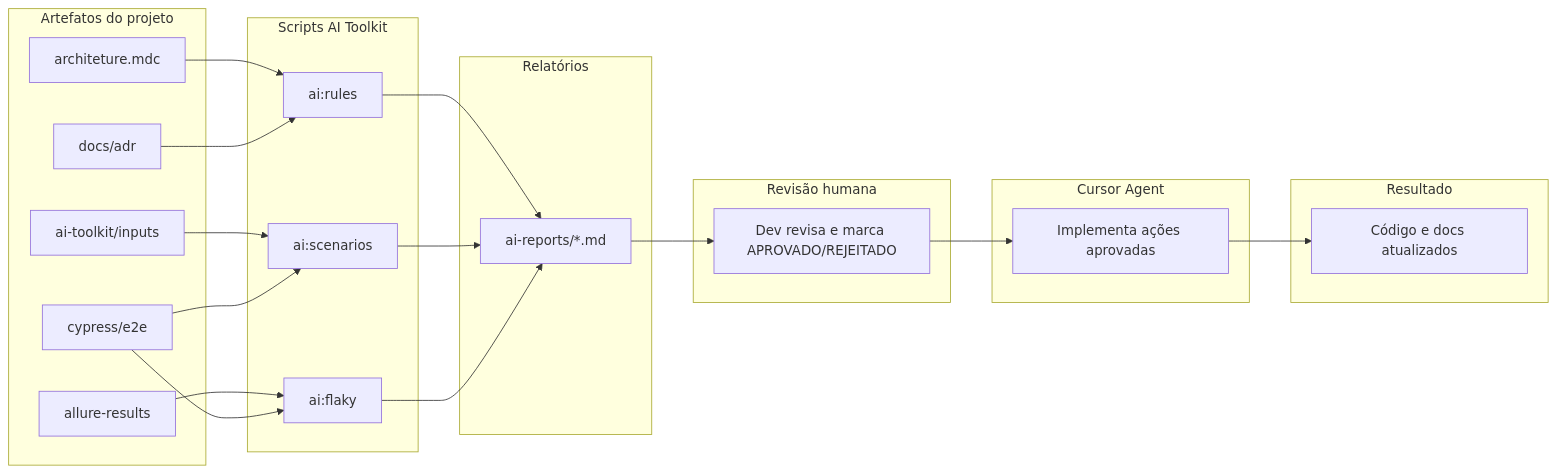
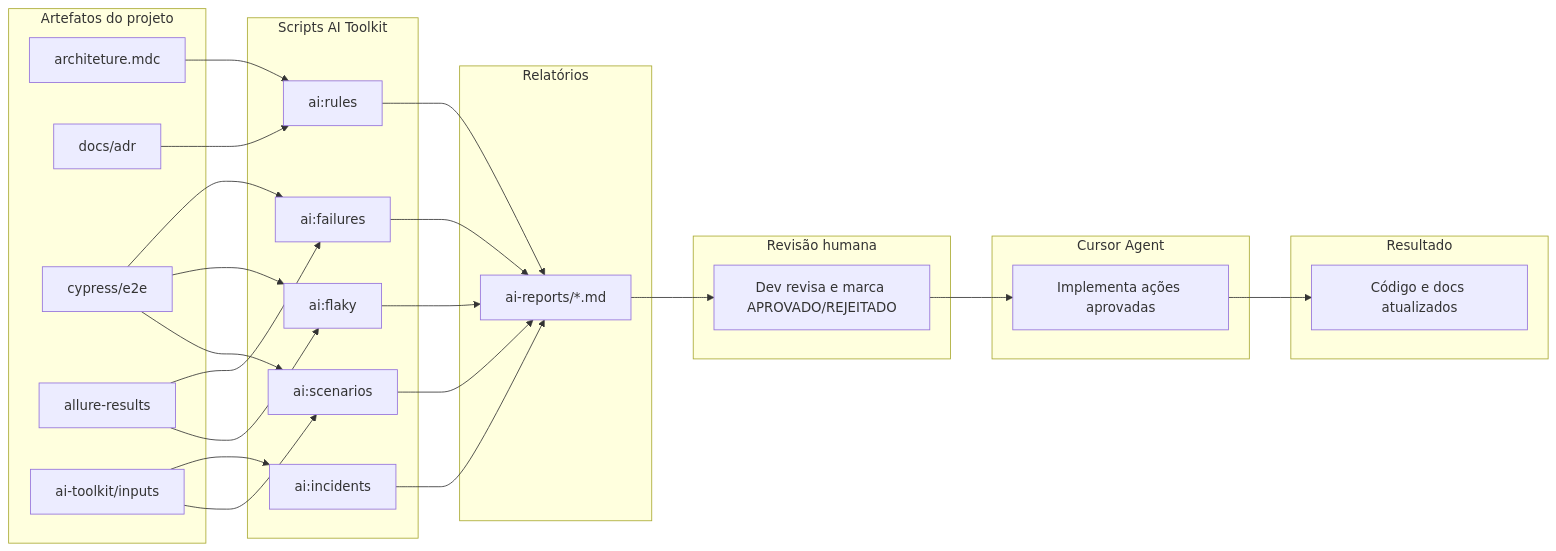
Before and after one commit to fabricasoftcom/softcomshop-automacao-frontend: the first of 2 diagrams in docs/referencias/ecossistema-ai-toolkit-melhoria-continua.md, drawn with Mermaid. The commit also changed other lines of this file and 209 other files, not shown here.

````diff
--- a/docs/referencias/ecossistema-ai-toolkit-melhoria-continua.md
+++ b/docs/referencias/ecossistema-ai-toolkit-melhoria-continua.md
@@ -25,47 +25,54 @@
 ```mermaid
 flowchart LR
   subgraph artefatos [Artefatos do projeto]
     Rules[architeture.mdc]
     ADRs[docs/adr]
     Specs[cypress/e2e]
     Allure[allure-results]
     Inputs[ai-toolkit/inputs]
   end
 
   subgraph scripts [Scripts AI Toolkit]
     AIrules[ai:rules]
     AIscenarios[ai:scenarios]
     AIflaky[ai:flaky]
+    AIfailures[ai:failures]
+    AIincidents[ai:incidents]
   end
 
   subgraph relatorios [Relatórios]
     Reports[ai-reports/*.md]
   end
 
   subgraph humano [Revisão humana]
     Dev[Dev revisa e marca APROVADO/REJEITADO]
   end
 
   subgraph cursor [Cursor Agent]
     Agent[Implementa ações aprovadas]
   end
 
   subgraph resultado [Resultado]
     Codigo[Código e docs atualizados]
   end
 
   Rules --> AIrules
   ADRs --> AIrules
   Inputs --> AIscenarios
   Specs --> AIscenarios
   Allure --> AIflaky
   Specs --> AIflaky
+  Allure --> AIfailures
+  Specs --> AIfailures
+  Inputs --> AIincidents
 
   AIrules --> Reports
   AIscenarios --> Reports
   AIflaky --> Reports
+  AIfailures --> Reports
+  AIincidents --> Reports
 
   Reports --> Dev
   Dev --> Agent
   Agent --> Codigo
 ```
````
